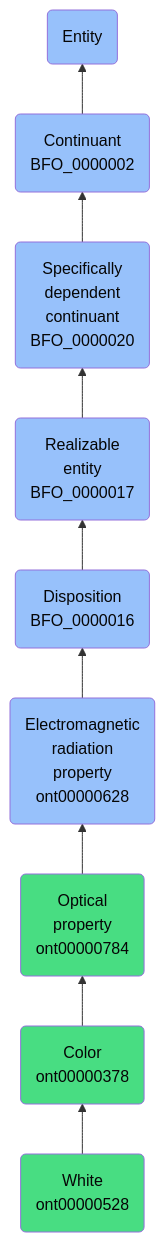
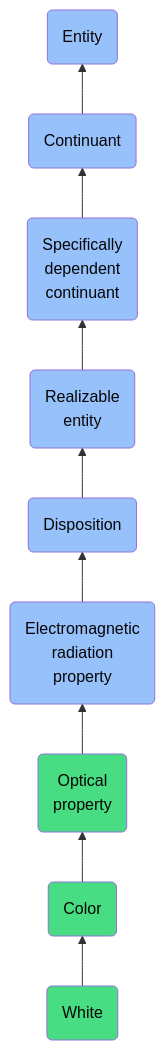
Before and after one commit to jupyter-naas/abi: the diagram in docs/ontology/reference/model/Entity/Continuant/Specifically dependent continuant/Realizable entity/Disposition/Electromagnetic radiation property/Optical property/Color/White/White.md, drawn with Mermaid. The commit also changed other lines of this file and 1430 other files, not shown here.

````diff
--- a/docs/ontology/reference/model/Entity/Continuant/Specifically dependent continuant/Realizable entity/Disposition/Electromagnetic radiation property/Optical property/Color/White/White.md
+++ b/docs/ontology/reference/model/Entity/Continuant/Specifically dependent continuant/Realizable entity/Disposition/Electromagnetic radiation property/Optical property/Color/White/White.md
@@ -24,16 +24,16 @@
 ```mermaid
 graph BT
-    ont00000528(White<br>ont00000528):::ABI-->ont00000378
-    ont00000378(Color<br>ont00000378):::ABI-->ont00000784
-    ont00000784(Optical<br>property<br>ont00000784):::ABI-->ont00000628
-    ont00000628(Electromagnetic<br>radiation<br>property<br>ont00000628):::BFO-->BFO_0000016
-    BFO_0000016(Disposition<br>BFO_0000016):::BFO-->BFO_0000017
-    BFO_0000017(Realizable<br>entity<br>BFO_0000017):::BFO-->BFO_0000020
-    BFO_0000020(Specifically<br>dependent<br>continuant<br>BFO_0000020):::BFO-->BFO_0000002
-    BFO_0000002(Continuant<br>BFO_0000002):::BFO-->BFO_0000001
+    ont00000528(White):::ABI-->ont00000378
+    ont00000378(Color):::ABI-->ont00000784
+    ont00000784(Optical<br>property):::ABI-->ont00000628
+    ont00000628(Electromagnetic<br>radiation<br>property):::BFO-->BFO_0000016
+    BFO_0000016(Disposition):::BFO-->BFO_0000017
+    BFO_0000017(Realizable<br>entity):::BFO-->BFO_0000020
+    BFO_0000020(Specifically<br>dependent<br>continuant):::BFO-->BFO_0000002
+    BFO_0000002(Continuant):::BFO-->BFO_0000001
     BFO_0000001(Entity):::BFO
     
     classDef BFO fill:#97c1fb,color:#060606
     classDef CCO fill:#e4c51e,color:#060606
     classDef ABI fill:#48DD82,color:#060606
 ```
````
